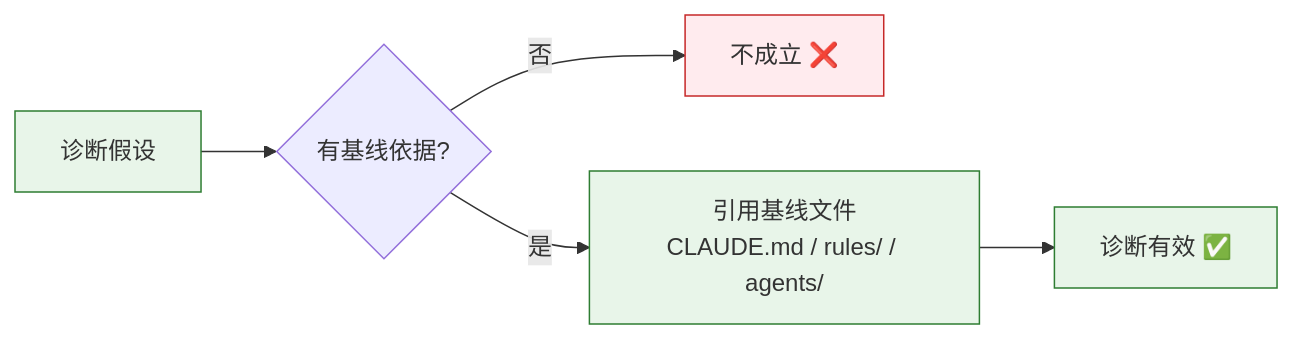
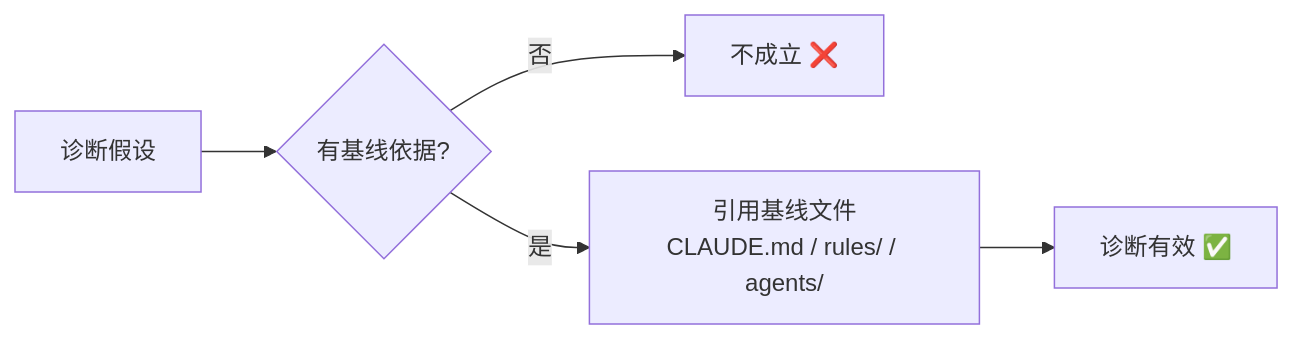
The fourth of 11 diagrams in rules/self-improve.md (effiy/YrY), drawn with Mermaid before and after one commit. The commit also changed other lines of this file and 61 other files, not shown here.

````diff
--- a/rules/self-improve.md
+++ b/rules/self-improve.md
@@ -96,11 +87,8 @@
 ```mermaid
 flowchart LR
     HYP["诊断假设"]:::src --> Q{"有基线依据?"}
     Q -->|"否"| REJ["不成立 ❌"]:::block
     Q -->|"是"| REF["引用基线文件<br/>CLAUDE.md / rules/ / agents/"]:::ok
     REF --> DIAG["诊断有效 ✅"]:::ok
 
-    classDef src fill:#e8f5e9,stroke:#2e7d32;
-    classDef block fill:#ffebee,stroke:#c62828;
-    classDef ok fill:#e8f5e9,stroke:#2e7d32;
 ```
````
